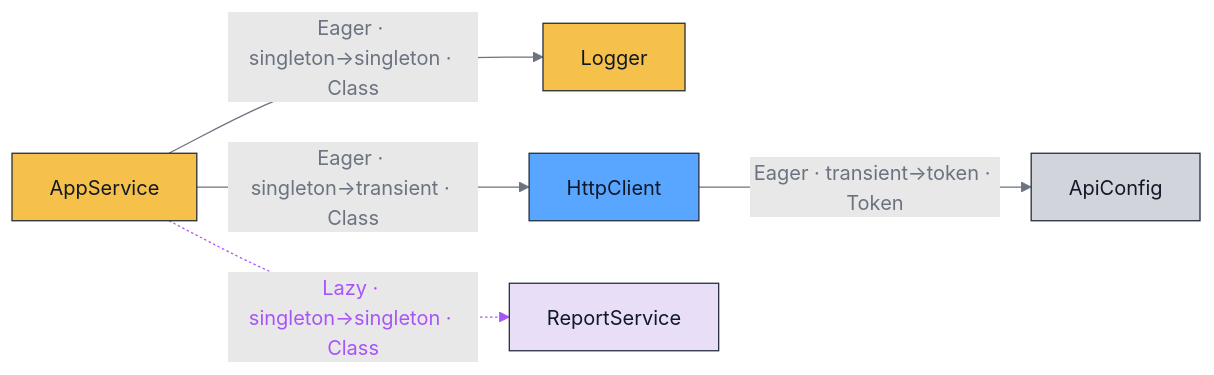
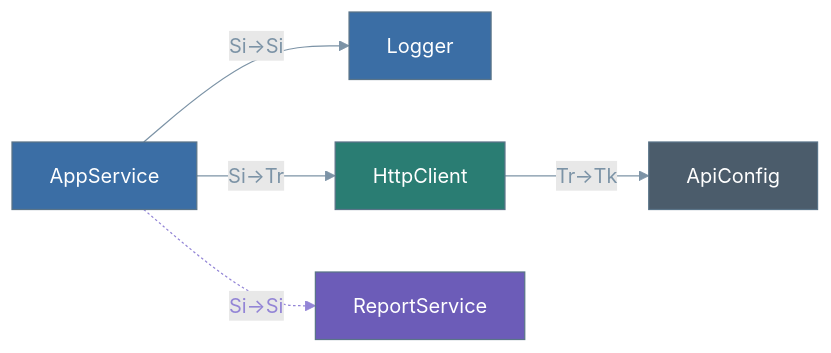
One commit to ciddan/alloy-di changed the diagram in docs/guide/visualization.md. Above: the diagram before and after it, drawn with Mermaid (forest theme). The commit also changed other lines of this file and 6 other files, not shown here.

First line of the commit message:
feat(alloy-di): brand-aligned visualizer palette + compact edge labels

````diff
--- a/docs/guide/visualization.md
+++ b/docs/guide/visualization.md
@@ -11,23 +11,24 @@
 ```mermaid
 graph LR
-  %% Legend: singleton=#f6c14a, transient=#58a6ff, lazy-only=#e8def8, factory=#ffe0b2, token=#d1d5db
-  %% Edge colors: eager=#6b7280, lazy=#a855f7, factory=#ef6c00
+  %% Legend: singleton=#3b6ea5, transient=#2a7d73, lazy-only=#6c5cb8, factory=#9c6516, token=#4b5c6b
+  %% Edge colors: eager=#7c93a6, lazy=#9385d6, factory=#c2922e
+  %% Edge labels: Si=singleton, Tr=transient, Tk=token; solid=eager, dotted=lazy
   id_AppService["AppService"]
-  style id_AppService fill:#f6c14a,stroke:#1f2937,color:#111827
+  style id_AppService fill:#3b6ea5,stroke:#5a7488,color:#ffffff
   id_Logger["Logger"]
-  style id_Logger fill:#f6c14a,stroke:#1f2937,color:#111827
+  style id_Logger fill:#3b6ea5,stroke:#5a7488,color:#ffffff
   id_HttpClient["HttpClient"]
-  style id_HttpClient fill:#58a6ff,stroke:#1f2937,color:#111827
+  style id_HttpClient fill:#2a7d73,stroke:#5a7488,color:#ffffff
   id_ReportService["ReportService"]
-  style id_ReportService fill:#e8def8,stroke:#1f2937,color:#111827
+  style id_ReportService fill:#6c5cb8,stroke:#5a7488,color:#ffffff
   token_ApiConfig["ApiConfig"]
-  style token_ApiConfig fill:#d1d5db,stroke:#1f2937,color:#111827
-  id_AppService -->|Eager · singleton→singleton · Class| id_Logger
-  id_AppService -->|Eager · singleton→transient · Class| id_HttpClient
-  id_AppService -.->|Lazy · singleton→singleton · Class| id_ReportService
-  id_HttpClient -->|Eager · transient→token · Token| token_ApiConfig
-  linkStyle 0 stroke:#6b7280,color:#6b7280
-  linkStyle 1 stroke:#6b7280,color:#6b7280
-  linkStyle 2 stroke:#a855f7,color:#a855f7
-  linkStyle 3 stroke:#6b7280,color:#6b7280
+  style token_ApiConfig fill:#4b5c6b,stroke:#5a7488,color:#ffffff
+  id_AppService -->|Si→Si| id_Logger
+  id_AppService -->|Si→Tr| id_HttpClient
+  id_AppService -.->|Si→Si| id_ReportService
+  id_HttpClient -->|Tr→Tk| token_ApiConfig
+  linkStyle 0 stroke:#7c93a6,color:#7c93a6
+  linkStyle 1 stroke:#7c93a6,color:#7c93a6
+  linkStyle 2 stroke:#9385d6,color:#9385d6
+  linkStyle 3 stroke:#7c93a6,color:#7c93a6
 ```
````
